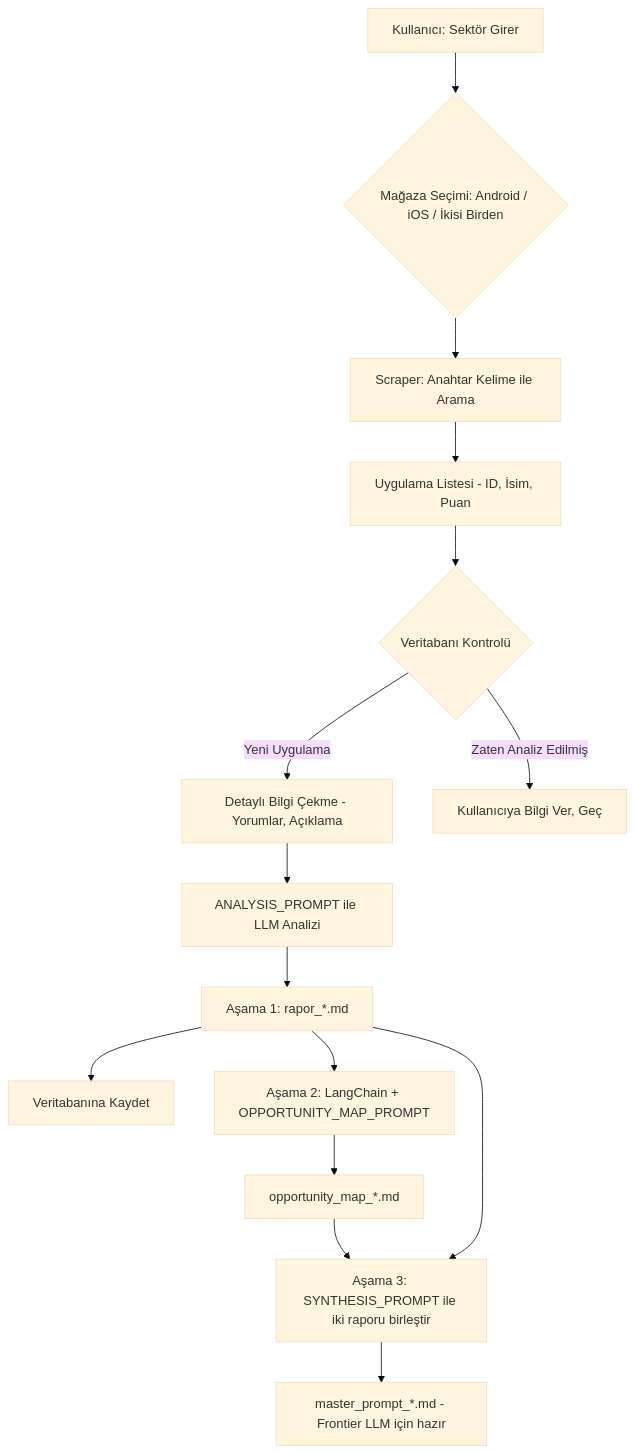
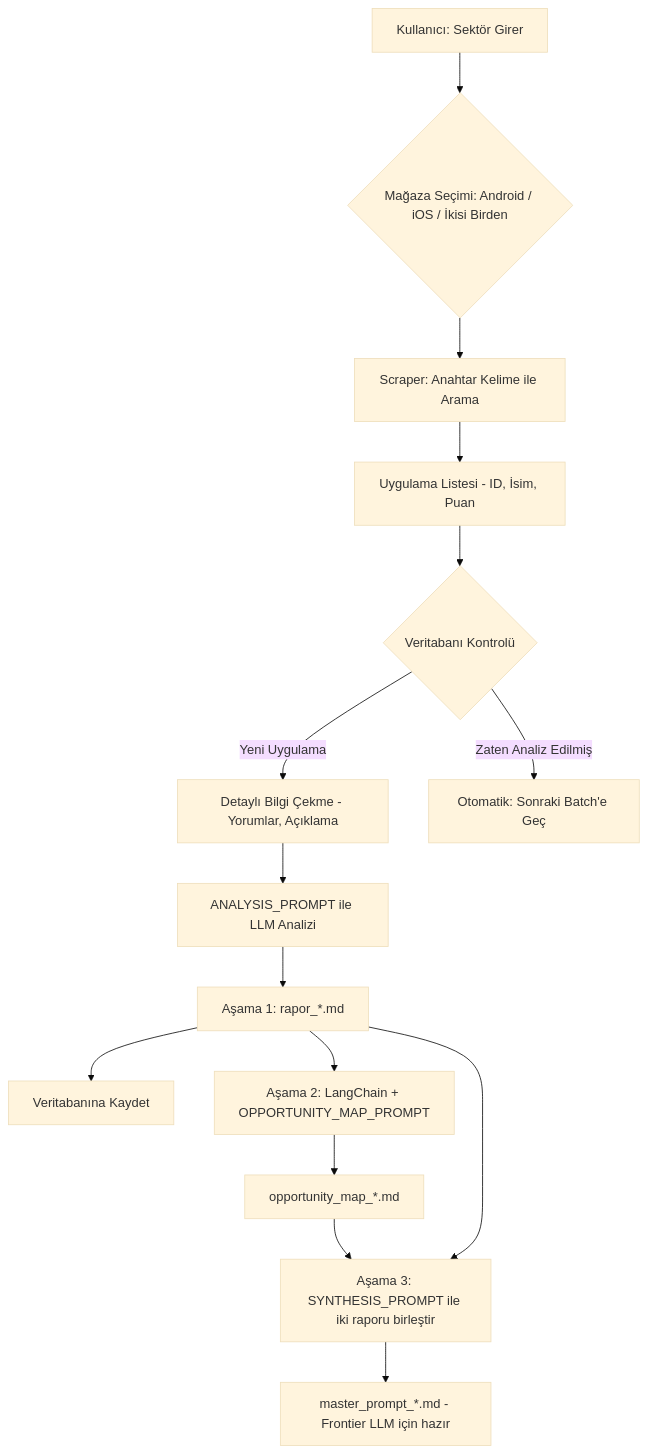
The diagram in README.md (hazarute/market_gap_analyzer_ai), drawn with Mermaid (base theme) before and after one commit. The commit also changed other lines of this file and 2 other files, not shown here.

Commit message:
docs: Sync README and memory-bank with auto-batch behavior
- README: replace '--page' feature bullet with 'Otomatik Batch İlerlemesi'
- README: update mermaid diagram to reflect automatic skip behavior
- state.md: update current focus to v1.2 auto-batch, add Faz 7
- state.md: remove --page example commands, add correct usage
- decisions.md: replace manual --page rule with _fetch_new_apps() rule
- decisions.md: update ADR-006 title and description to auto-batch
- decisions.md: fix stale 'gecici cozumler' note about --limit

````diff
--- a/README.md
+++ b/README.md
@@ -40,17 +40,17 @@
 ```mermaid
 graph TD
     A[Kullanıcı: Sektör Girer] --> B{Mağaza Seçimi: Android / iOS / İkisi Birden};
     B --> C[Scraper: Anahtar Kelime ile Arama];
     C --> D[Uygulama Listesi - ID, İsim, Puan];
     D --> E{Veritabanı Kontrolü};
     E -- Yeni Uygulama --> F[Detaylı Bilgi Çekme - Yorumlar, Açıklama];
     F --> G[ANALYSIS_PROMPT ile LLM Analizi];
     G --> H[Aşama 1: rapor_*.md];
     H --> I[Veritabanına Kaydet];
-    E -- Zaten Analiz Edilmiş --> J[Kullanıcıya Bilgi Ver, Geç];
+    E -- Zaten Analiz Edilmiş --> J[Otomatik: Sonraki Batch'e Geç];
     H --> K[Aşama 2: LangChain + OPPORTUNITY_MAP_PROMPT];
     K --> L[opportunity_map_*.md];
     L --> M[Aşama 3: SYNTHESIS_PROMPT ile iki raporu birleştir];
     H --> M;
     M --> N[master_prompt_*.md - Frontier LLM için hazır];
 ```
````
